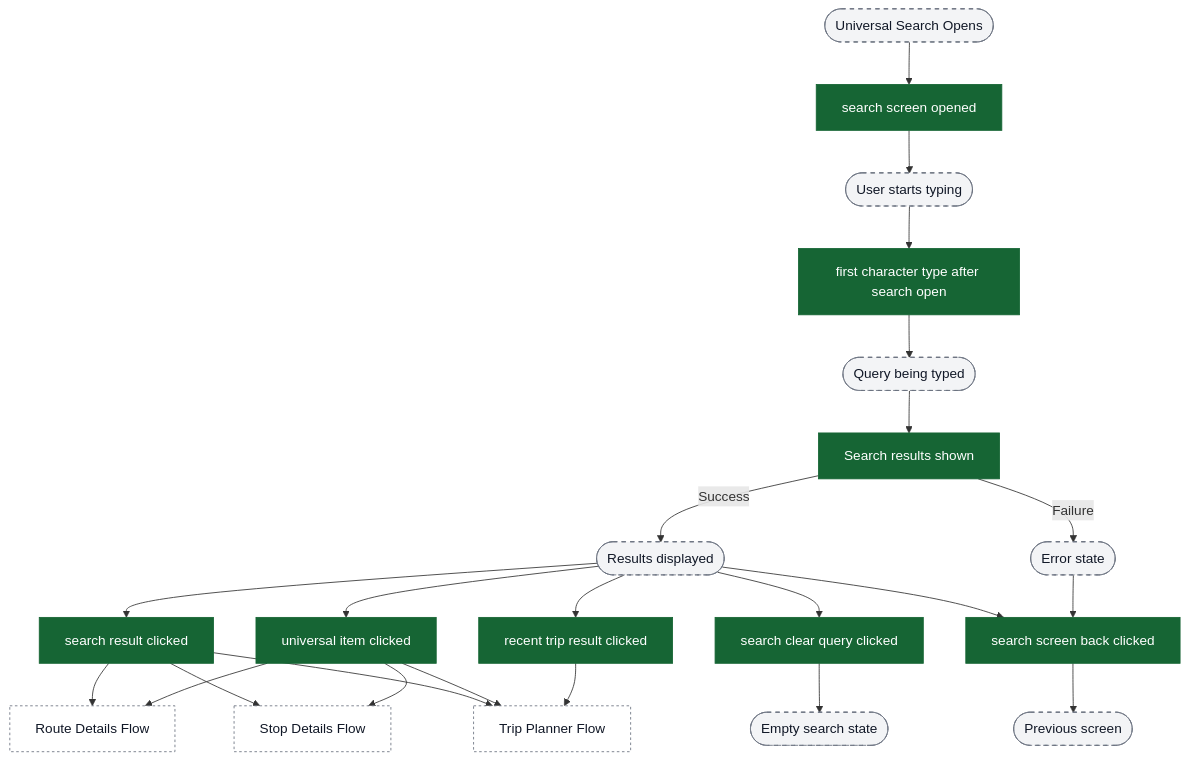
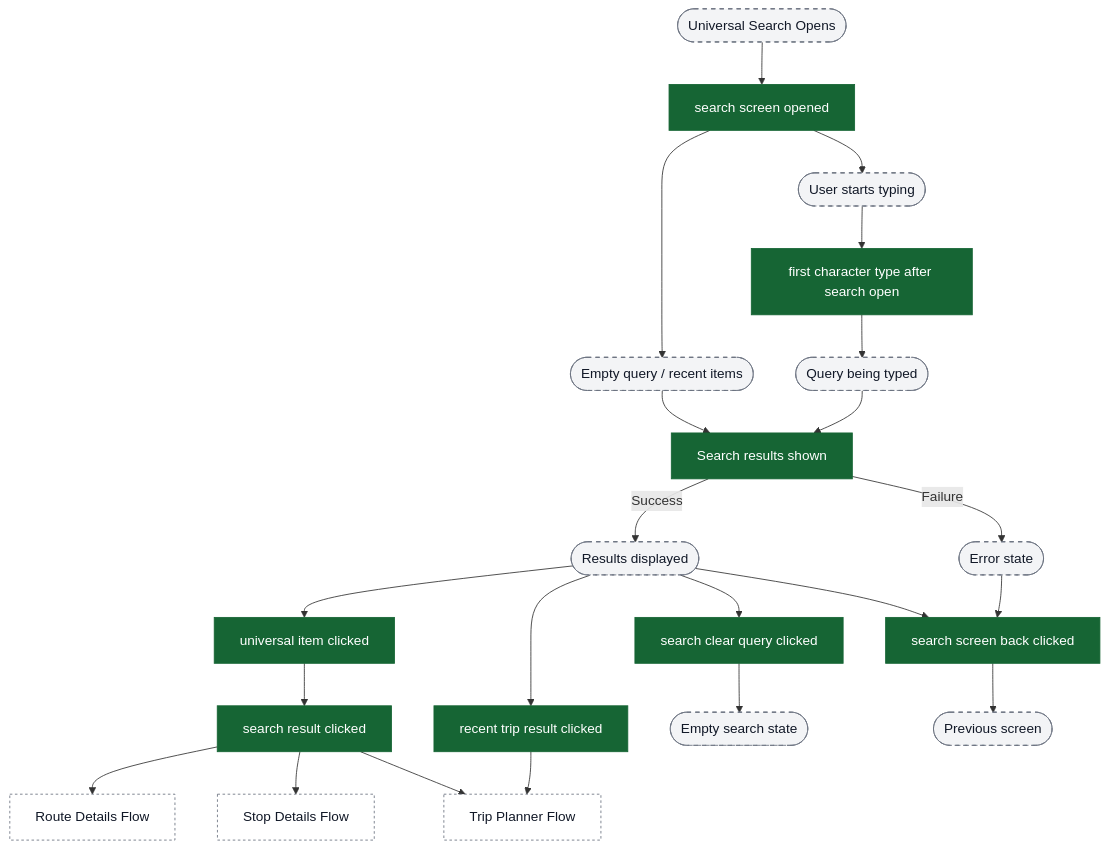
The third of 7 diagrams in content/analytics/search/flow-diagrams.md (ratulsarna/chalo-app-dashboard), drawn with Mermaid before and after one commit. The commit also changed other lines of this file and 1 other file, not shown here.

Commit message:
feat(analytics): standardize event property names and update flow diagrams for search analytics

````diff
--- a/content/analytics/search/flow-diagrams.md
+++ b/content/analytics/search/flow-diagrams.md
@@ -56,40 +58,41 @@
 ```mermaid
 flowchart TD
   ui_searchOpen([Universal Search Opens]) --> ev_screenOpened["search screen opened"]
+  ev_screenOpened --> ui_queryEmpty([Empty query / recent items])
+  ui_queryEmpty --> ev_resultsShown["Search results shown"]
+
   ev_screenOpened --> ui_userTyping([User starts typing])
   ui_userTyping --> ev_firstChar["first character type after search open"]
   ev_firstChar --> ui_searching([Query being typed])
-  ui_searching --> ev_resultsShown["Search results shown"]
+  ui_searching --> ev_resultsShown
 
   ev_resultsShown -->|Success| ui_resultsList([Results displayed])
   ev_resultsShown -->|Failure| ui_errorState([Error state])
 
-  ui_resultsList --> ev_resultClicked["search result clicked"]
   ui_resultsList --> ev_universalItemClicked["universal item clicked"]
+  ev_universalItemClicked --> ev_resultClicked["search result clicked"]
   ui_resultsList --> ev_recentTripClicked["recent trip result clicked"]
 
   ev_resultClicked --> ext_routeDetails[Route Details Flow]
   ev_resultClicked --> ext_stopDetails[Stop Details Flow]
   ev_resultClicked --> ext_tripPlanner[Trip Planner Flow]
-
-  ev_universalItemClicked --> ext_routeDetails
-  ev_universalItemClicked --> ext_stopDetails
-  ev_universalItemClicked --> ext_tripPlanner
 
   ev_recentTripClicked --> ext_tripPlanner
 
   ui_resultsList --> ev_clearQuery["search clear query clicked"]
   ui_resultsList --> ev_backClicked["search screen back clicked"]
   ui_errorState --> ev_backClicked
 
   ev_clearQuery --> ui_emptySearch([Empty search state])
   ev_backClicked --> ui_previousScreen([Previous screen])
 
+  %%chalo:diagram-link ev_resultClicked -> title:Universal Search Item Types (Result Click Detail)
+
   classDef event fill:#166534,stroke:#166534,color:#ffffff;
   classDef ui fill:#f3f4f6,stroke:#6b7280,stroke-dasharray: 5 5,color:#111827;
   classDef external fill:#ffffff,stroke:#6b7280,stroke-dasharray: 3 3,color:#111827;
 
   class ev_screenOpened,ev_firstChar,ev_resultsShown,ev_resultClicked,ev_universalItemClicked,ev_recentTripClicked,ev_clearQuery,ev_backClicked event;
-  class ui_searchOpen,ui_userTyping,ui_searching,ui_resultsList,ui_errorState,ui_emptySearch,ui_previousScreen ui;
+  class ui_searchOpen,ui_queryEmpty,ui_userTyping,ui_searching,ui_resultsList,ui_errorState,ui_emptySearch,ui_previousScreen ui;
   class ext_routeDetails,ext_stopDetails,ext_tripPlanner external;
 ```
````
